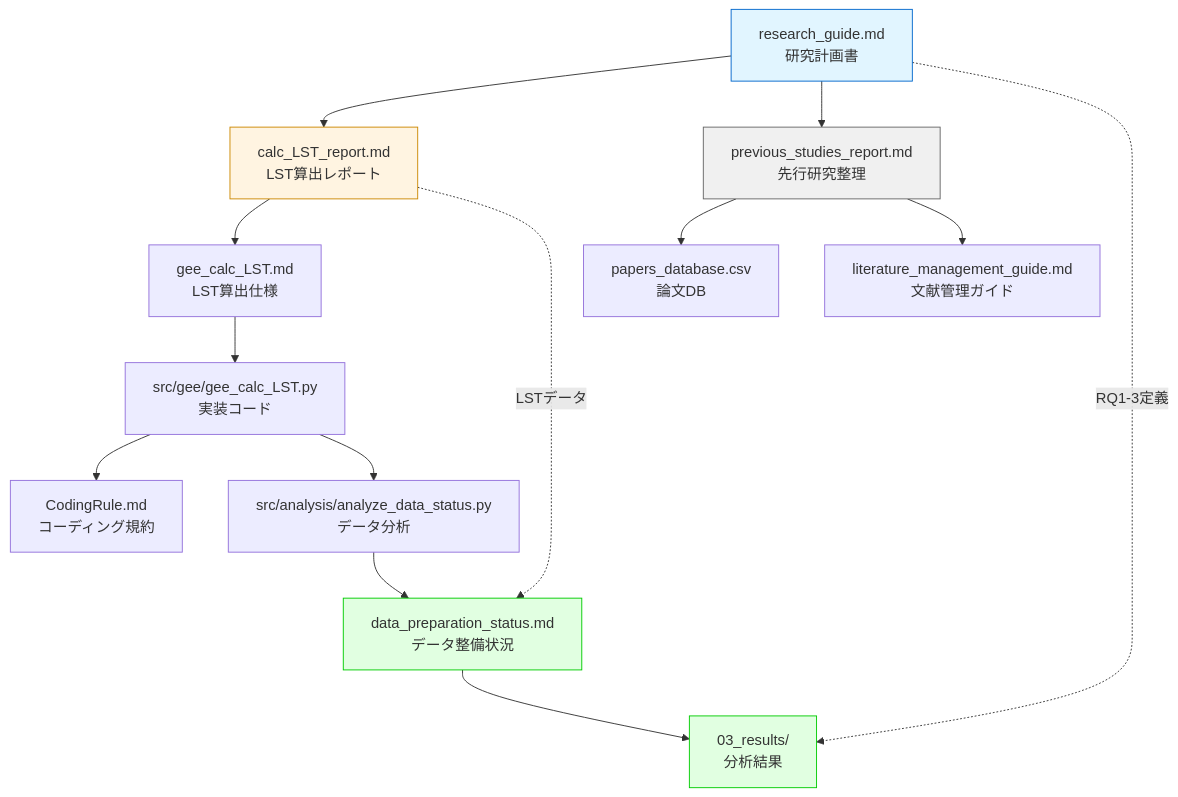
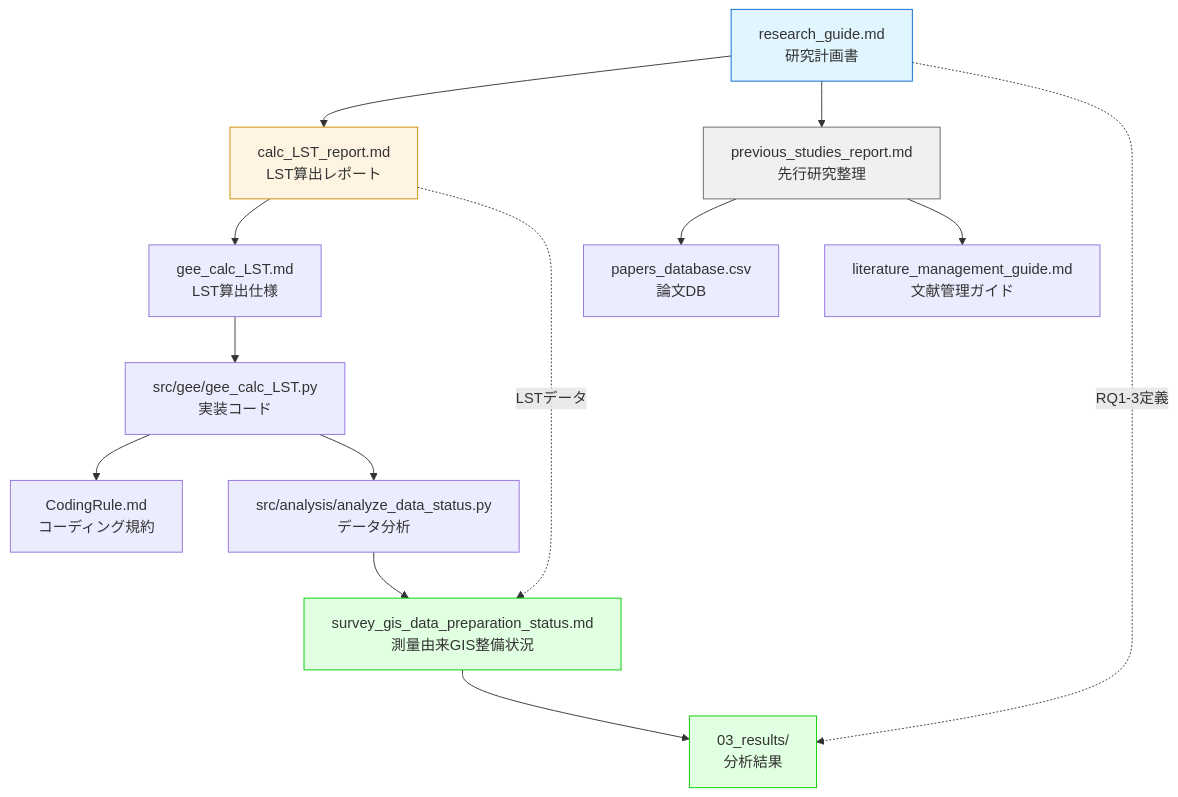
The diagram in docs/README.md (HitsujiNeko/MasterResearch), drawn with Mermaid before and after one commit. The commit also changed other lines of this file and 13 other files, not shown here.

````diff
--- a/docs/README.md
+++ b/docs/README.md
@@ -132,26 +132,26 @@
 ```mermaid
 graph TB
     A[research_guide.md<br/>研究計画書] --> B[calc_LST_report.md<br/>LST算出レポート]
     A --> C[previous_studies_report.md<br/>先行研究整理]
     
     B --> D[gee_calc_LST.md<br/>LST算出仕様]
     D --> E[src/gee/gee_calc_LST.py<br/>実装コード]
     
     C --> F[papers_database.csv<br/>論文DB]
     C --> G[literature_management_guide.md<br/>文献管理ガイド]
     
     E --> H[CodingRule.md<br/>コーディング規約]
     E --> J[src/analysis/analyze_data_status.py<br/>データ分析]
     
-    J --> K[data_preparation_status.md<br/>データ整備状況]
+    J --> K[survey_gis_data_preparation_status.md<br/>測量由来GIS整備状況]
     
     A -.RQ1-3定義.-> I[03_results/<br/>分析結果]
     B -.LSTデータ.-> K
     K --> I
     
     style A fill:#e1f5ff,stroke:#0066cc
     style B fill:#fff4e1,stroke:#cc8800
     style C fill:#f0f0f0,stroke:#666
     style I fill:#e1ffe1,stroke:#00cc00
     style K fill:#e1ffe1,stroke:#00cc00
 ```
````
